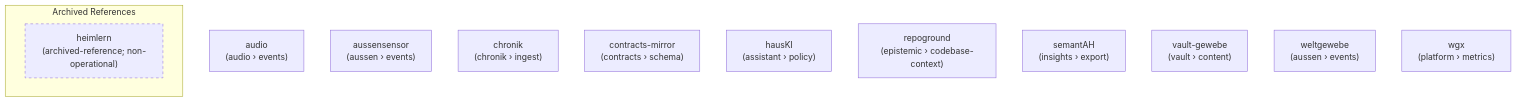
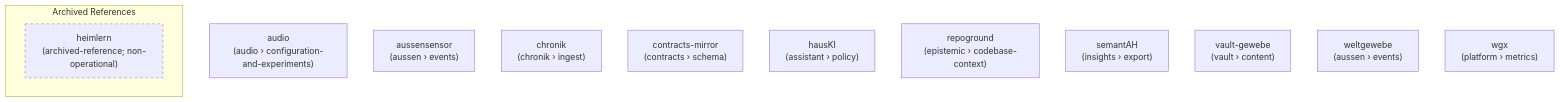
The diagram in docs/org-graph.mmd (heimgewebe/metarepo), drawn with Mermaid before and after one commit. The commit also changed 33 other files, not shown here.

```diff
--- a/docs/org-graph.mmd
+++ b/docs/org-graph.mmd
@@ -1,17 +1,17 @@
 %% Org dependency graph
 %% Generated by scripts/generate_org_assets.py; do not edit manually.
 graph TD
-    audio["audio\n(audio › events)"]
+    audio["audio\n(audio › configuration-and-experiments)"]
     aussensensor["aussensensor\n(aussen › events)"]
     chronik["chronik\n(chronik › ingest)"]
     contracts_mirror["contracts-mirror\n(contracts › schema)"]
     hausKI["hausKI\n(assistant › policy)"]
     repoground["repoground\n(epistemic › codebase-context)"]
     semantAH["semantAH\n(insights › export)"]
     vault_gewebe["vault-gewebe\n(vault › content)"]
     weltgewebe["weltgewebe\n(aussen › events)"]
     wgx["wgx\n(platform › metrics)"]
     subgraph archived_references["Archived References"]
         archived_heimlern["heimlern\n(archived-reference; non-operational)"]
         style archived_heimlern stroke-dasharray: 5 5
     end
```
